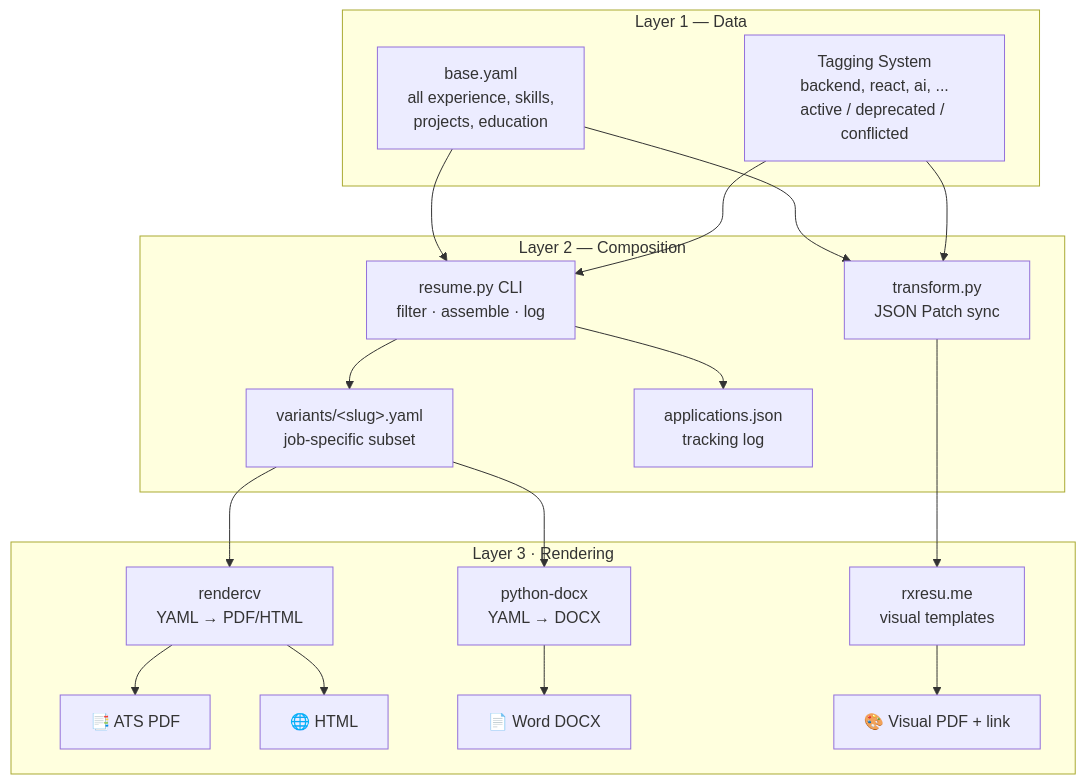
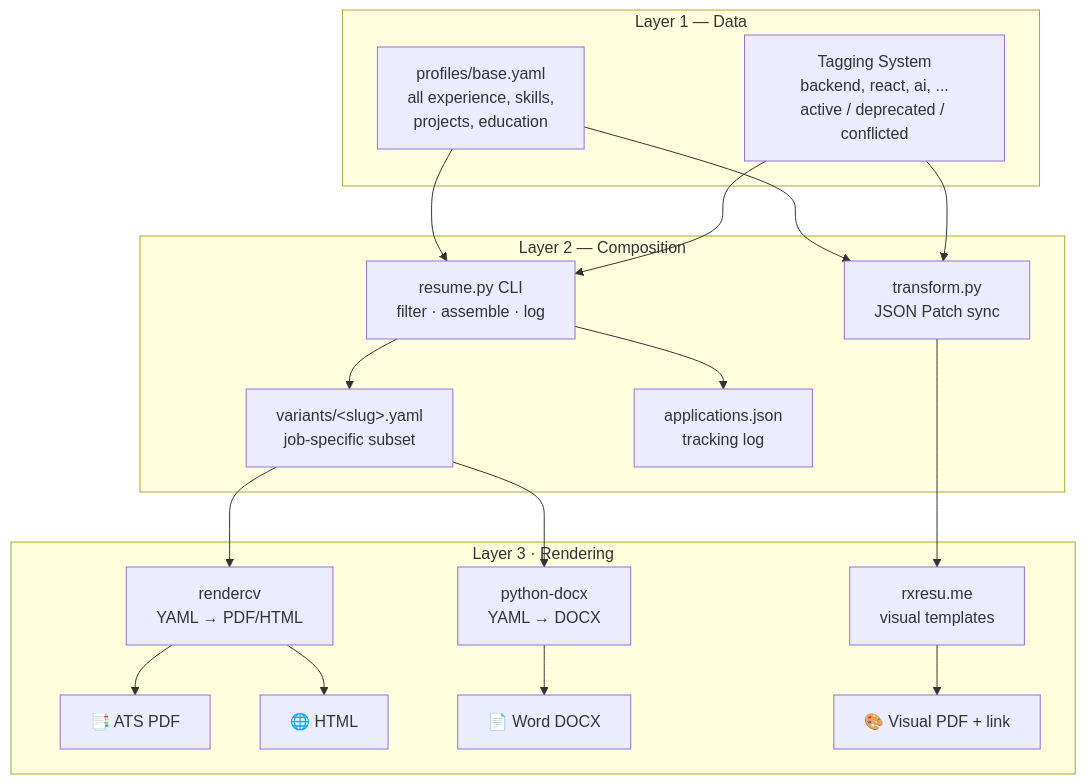
One commit to jxjwilliam/resume-generator changed the second of 2 diagrams in README.md. Above: the diagram before and after it, drawn with Mermaid. The commit also changed other lines of this file and 22 other files, not shown here.

````diff
--- a/README.md
+++ b/README.md
@@ -427,38 +434,38 @@
 ```mermaid
 flowchart TB
     subgraph L1["Layer 1 — Data"]
-        BY["base.yaml<br/>all experience, skills,<br/>projects, education"]
+        BY["profiles/base.yaml<br/>all experience, skills,<br/>projects, education"]
         AG["Tagging System<br/>backend, react, ai, ...<br/>active / deprecated / conflicted"]
     end
 
     subgraph L2["Layer 2 — Composition"]
         RP["resume.py CLI<br/>filter · assemble · log"]
         TP["transform.py<br/>JSON Patch sync"]
         VY["variants/&lt;slug&gt;.yaml<br/>job-specific subset"]
         AJ["applications.json<br/>tracking log"]
     end
 
     subgraph L3["Layer 3 · Rendering"]
         RC["rendercv<br/>YAML → PDF/HTML"]
         DX["python-docx<br/>YAML → DOCX"]
         RX["rxresu.me<br/>visual templates"]
         PDF["📑 ATS PDF"]
         HTML["🌐 HTML"]
         DOCX["📄 Word DOCX"]
         VIS["🎨 Visual PDF + link"]
     end
 
     BY --> RP
     AG --> RP
     BY --> TP
     AG --> TP
     RP --> VY
     RP --> AJ
     VY --> RC
     VY --> DX
     TP --> RX
     RC --> PDF
     RC --> HTML
     DX --> DOCX
     RX --> VIS
 ```
````
